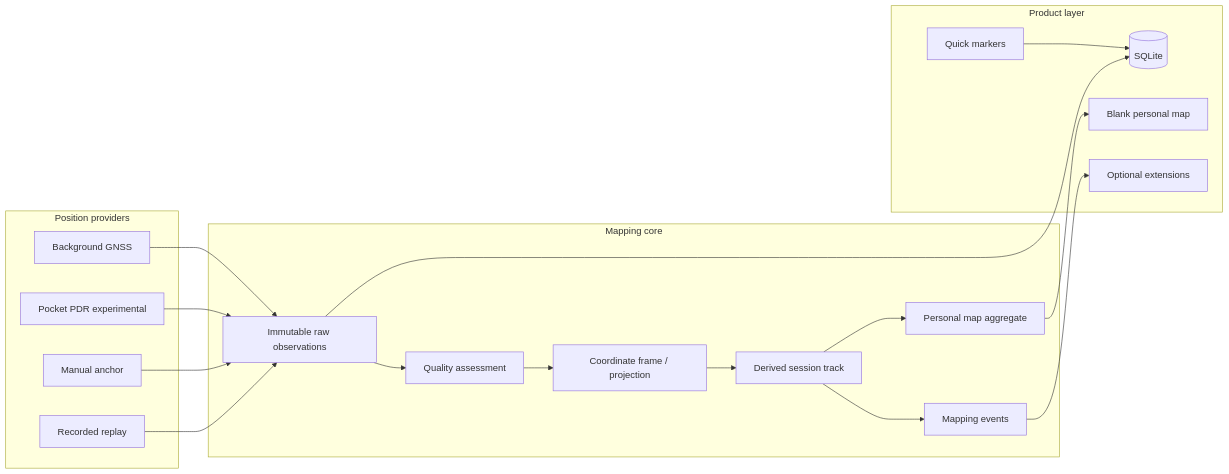
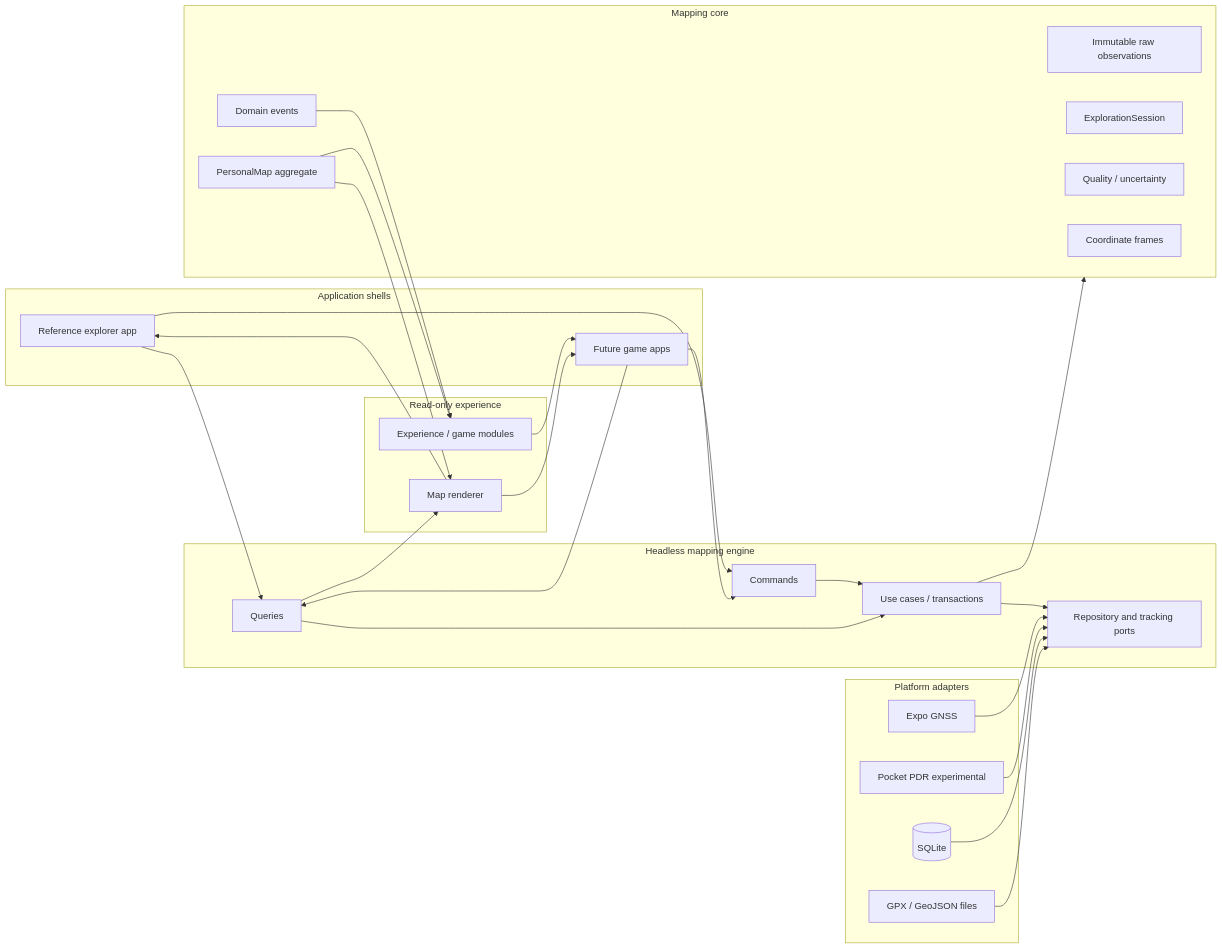
Before and after one commit to 328cider/personal-exploration-map: the diagram in docs/ARCHITECTURE.md, drawn with Mermaid. The commit also changed other lines of this file, not shown here.

Commit message:
docs: define headless engine and experience boundaries

````diff
--- a/docs/ARCHITECTURE.md
+++ b/docs/ARCHITECTURE.md
@@ -7,34 +11,55 @@
 ```mermaid
 flowchart LR
-  subgraph Providers[Position providers]
-    GNSS[Background GNSS]
-    PDR[Pocket PDR experimental]
-    Manual[Manual anchor]
-    Replay[Recorded replay]
+  subgraph Apps[Application shells]
+    Explorer[Reference explorer app]
+    Game[Future game apps]
+  end
+
+  subgraph Experience[Read-only experience]
+    GameRules[Experience / game modules]
+    Renderer[Map renderer]
+  end
+
+  subgraph Engine[Headless mapping engine]
+    Commands[Commands]
+    Queries[Queries]
+    Transactions[Use cases / transactions]
+    Ports[Repository and tracking ports]
   end
 
   subgraph Core[Mapping core]
     Raw[Immutable raw observations]
-    Filter[Quality assessment]
-    Frame[Coordinate frame / projection]
-    Track[Derived session track]
-    Aggregate[Personal map aggregate]
-    Events[Mapping events]
+    Session[ExplorationSession]
+    Filter[Quality / uncertainty]
+    Frame[Coordinate frames]
+    Aggregate[PersonalMap aggregate]
+    Events[Domain events]
   end
 
-  subgraph Product[Product layer]
-    Store[(SQLite)]
-    Map[Blank personal map]
-    Marker[Quick markers]
-    Extension[Optional extensions]
+  subgraph Adapters[Platform adapters]
+    GNSS[Expo GNSS]
+    PDR[Pocket PDR experimental]
+    SQLite[(SQLite)]
+    Files[GPX / GeoJSON files]
   end
 
-  GNSS --> Raw
-  PDR --> Raw
-  Manual --> Raw
-  Replay --> Raw
-  Raw --> Store
-  Raw --> Filter --> Frame --> Track --> Aggregate --> Map
-  Marker --> Store
-  Track --> Events --> Extension
+  Explorer --> Commands
+  Explorer --> Queries
+  Game --> Commands
+  Game --> Queries
+  Commands --> Transactions
+  Queries --> Transactions
+  Transactions --> Core
+  Transactions --> Ports
+  GNSS --> Ports
+  PDR --> Ports
+  SQLite --> Ports
+  Files --> Ports
+  Queries --> Renderer
+  Events --> GameRules
+  Aggregate --> Renderer
+  Aggregate --> GameRules
+  GameRules --> Game
+  Renderer --> Explorer
+  Renderer --> Game
 ```
````
